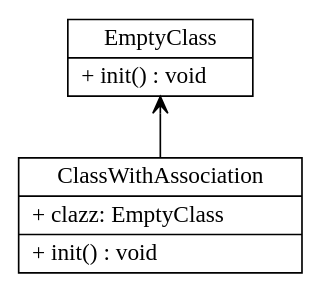
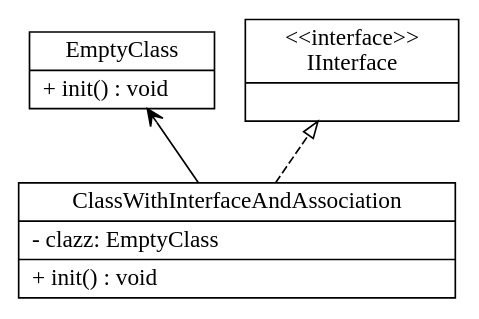
The diagram in input_output/test.gv (tpunt3/Csse374), drawn with Graphviz before and after one commit. The commit also changed 7 other files, not shown here.

Commit message:
added test for class with interface and association

```diff
--- a/input_output/test.gv
+++ b/input_output/test.gv
@@ -1,15 +1,21 @@
 digraph model{
 rankdir = BT;
-ClassWithAssociation [
+ClassWithInterfaceAndAssociation [
 shape="record",
-label = "{ClassWithAssociation| + clazz: EmptyClass\l|+ init() : void\l}"
+label = "{ClassWithInterfaceAndAssociation| - clazz: EmptyClass\l|+ init() : void\l}"
 ];
 
 EmptyClass [
 shape="record",
 label = "{EmptyClass| + init() : void\l}"
 ];
 
+IInterface [
+shape="record",
+label = "{\<\<interface\>\>\nIInterface| }"
+];
+
 //writing relations between classes now
-ClassWithAssociation -> EmptyClass [arrowhead = "vee"];
+ClassWithInterfaceAndAssociation -> IInterface [arrowhead = "empty", style = "dashed"];
+ClassWithInterfaceAndAssociation -> EmptyClass [arrowhead = "vee"];
 }
```
